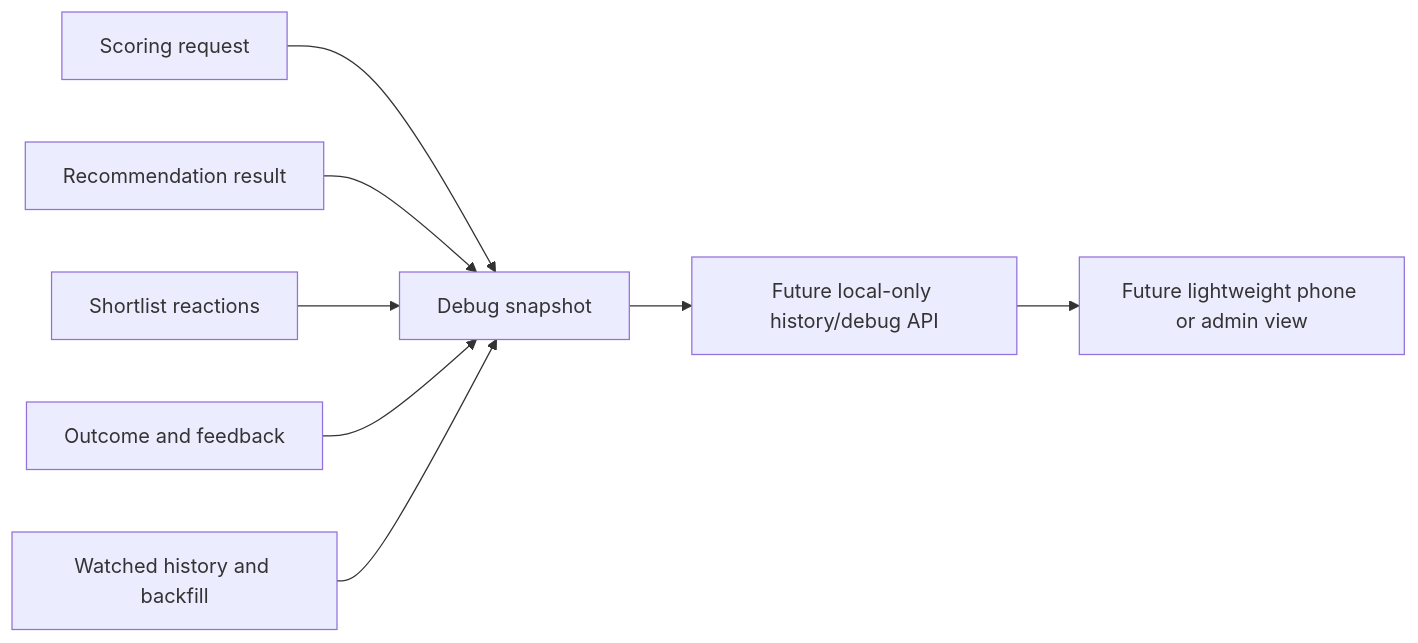
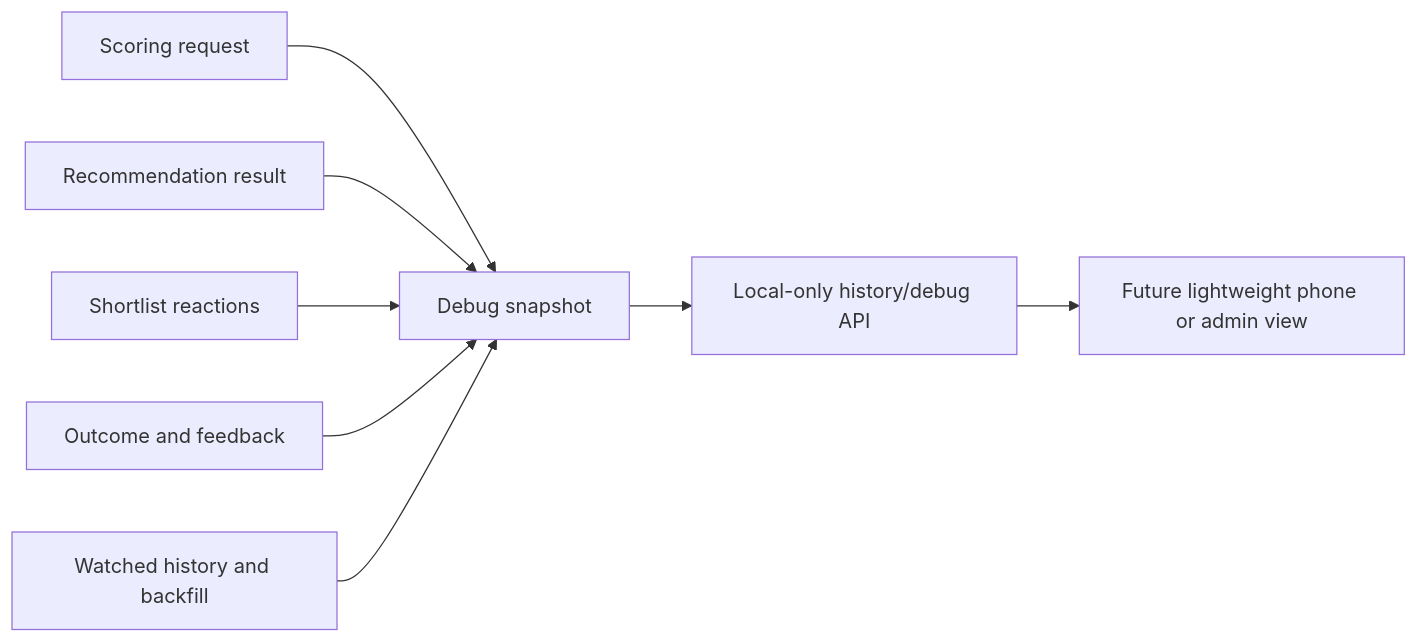
One commit to czzzry/watchsignal changed the diagram in docs/architecture/history-debug-visibility.md. Above: the diagram before and after it, drawn with Mermaid. The commit also changed other lines of this file and 4 other files, not shown here.

Commit message:
Add debug history session endpoint

````diff
--- a/docs/architecture/history-debug-visibility.md
+++ b/docs/architecture/history-debug-visibility.md
@@ -25,10 +30,10 @@
 ```mermaid
 flowchart LR
     A["Scoring request"] --> E["Debug snapshot"]
     B["Recommendation result"] --> E
     C["Shortlist reactions"] --> E
     D["Outcome and feedback"] --> E
     F["Watched history and backfill"] --> E
-    E --> G["Future local-only history/debug API"]
+    E --> G["Local-only history/debug API"]
     G --> H["Future lightweight phone or admin view"]
 ```
````
